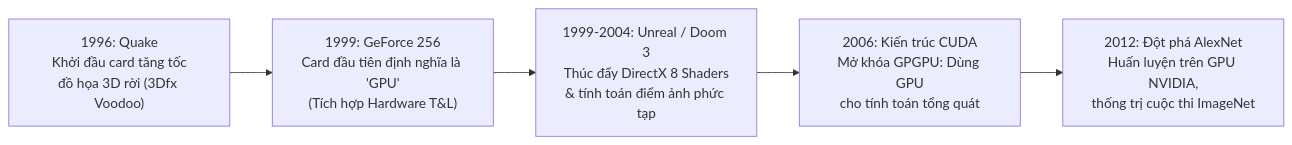
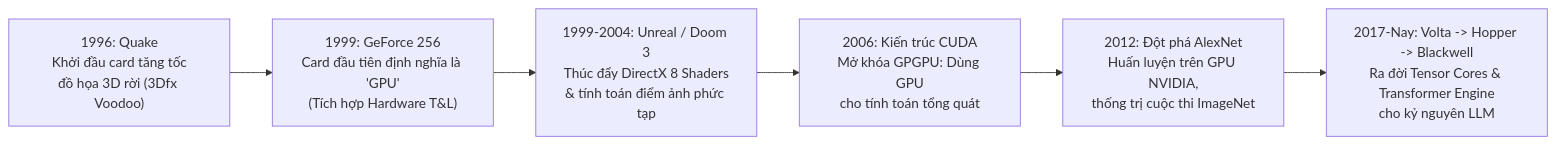
Before and after one commit to nxthanh2904/nca-genl: the third of 8 diagrams in Module_01_AI_Infrastructure.md, drawn with Mermaid. The commit also changed other lines of this file and 11 other files, not shown here.

````diff
--- a/Module_01_AI_Infrastructure.md
+++ b/Module_01_AI_Infrastructure.md
@@ -61,10 +76,11 @@
 ```mermaid
 flowchart LR
     T1["1996: Quake<br/>Khởi đầu card tăng tốc<br/>đồ họa 3D rời (3Dfx Voodoo)"]
     T2["1999: GeForce 256<br/>Card đầu tiên định nghĩa là 'GPU'<br/>(Tích hợp Hardware T&L)"]
     T3["1999-2004: Unreal / Doom 3<br/>Thúc đẩy DirectX 8 Shaders<br/>& tính toán điểm ảnh phức tạp"]
     T4["2006: Kiến trúc CUDA<br/>Mở khóa GPGPU: Dùng GPU<br/>cho tính toán tổng quát"]
     T5["2012: Đột phá AlexNet<br/>Huấn luyện trên GPU NVIDIA,<br/>thống trị cuộc thi ImageNet"]
+    T6["2017-Nay: Volta -> Hopper -> Blackwell<br/>Ra đời Tensor Cores & Transformer Engine<br/>cho kỷ nguyên LLM"]
 
-    T1 --> T2 --> T3 --> T4 --> T5
+    T1 --> T2 --> T3 --> T4 --> T5 --> T6
 ```
````
